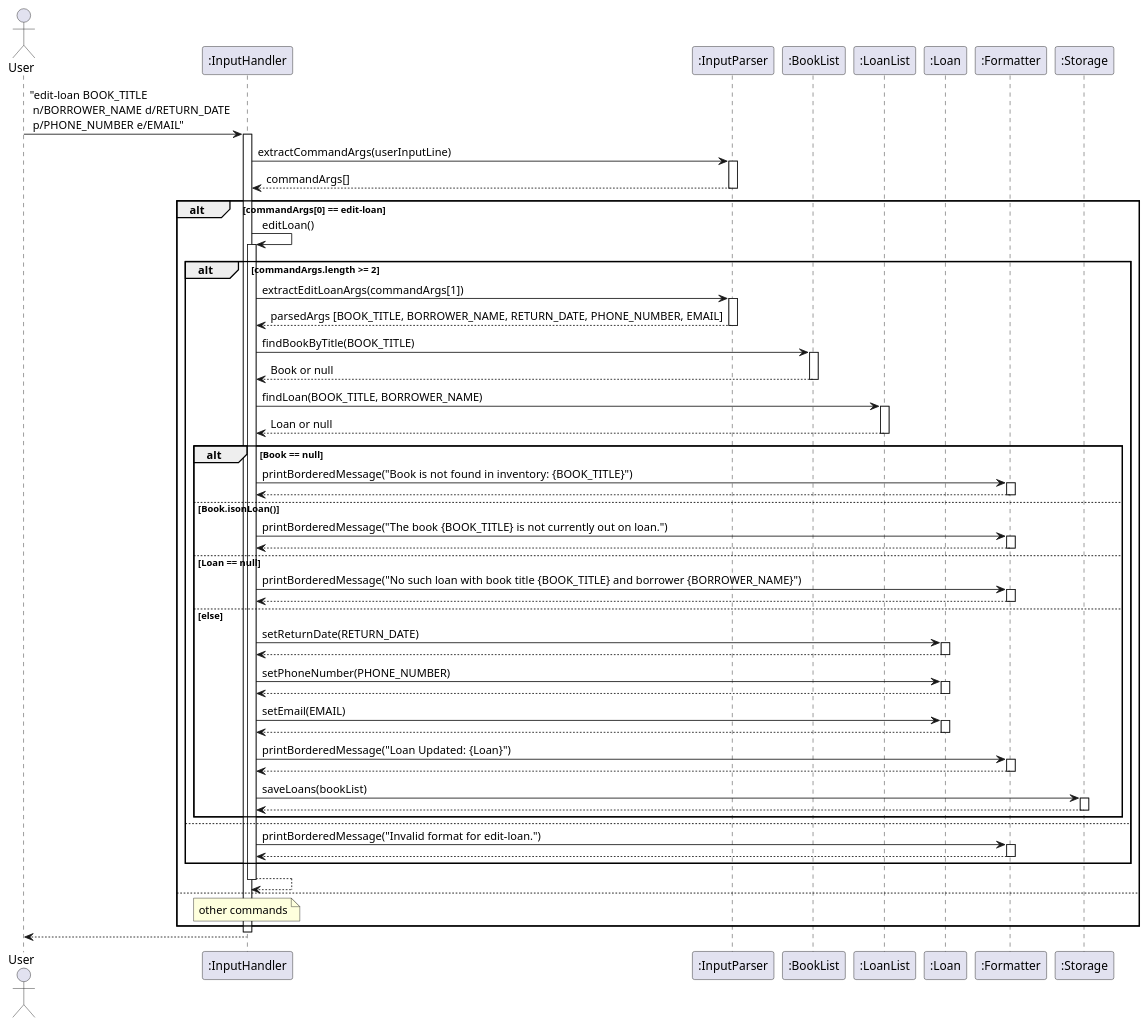
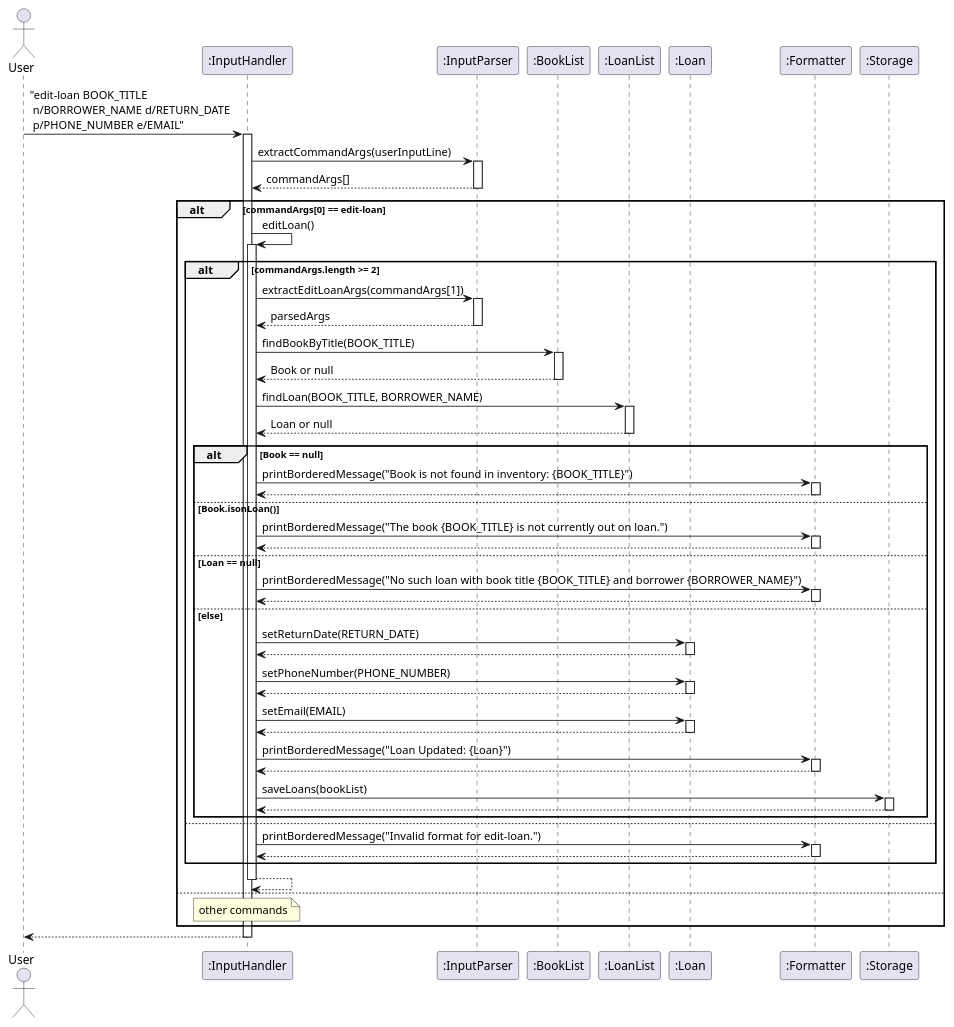
One commit to AY2425S2-CS2113-T12-2/tp changed the diagram in docs/diagrams/editLoan.puml. Above: the diagram before and after it, drawn with PlantUML.

Commit message:
fix activation bar before final return
shorten parsedArgs

```diff
--- a/docs/diagrams/editLoan.puml
+++ b/docs/diagrams/editLoan.puml
@@ -1,105 +1,106 @@
 @startuml
 actor User
 participant InputHandler as ":InputHandler"
 participant InputParser as ":InputParser"
 participant BookList as ":BookList"
 participant LoanList as ":LoanList"
 participant Loan as ":Loan"
 participant Formatter as ":Formatter"
 participant Storage as ":Storage"
 
 User -> InputHandler: "edit-loan BOOK_TITLE \n n/BORROWER_NAME d/RETURN_DATE \n p/PHONE_NUMBER e/EMAIL"
 activate InputHandler
 
 InputHandler -> InputParser: extractCommandArgs(userInputLine)
 activate InputParser
 
 InputParser --> InputHandler: commandArgs[]
 deactivate InputParser
 
 alt commandArgs[0] == edit-loan
     InputHandler -> InputHandler : editLoan()
     activate InputHandler
 
 alt commandArgs.length >= 2
     InputHandler -> InputParser: extractEditLoanArgs(commandArgs[1])
     activate InputParser
 
-    InputParser --> InputHandler: parsedArgs [BOOK_TITLE, BORROWER_NAME, RETURN_DATE, PHONE_NUMBER, EMAIL]
+    InputParser --> InputHandler: parsedArgs
     deactivate InputParser
 
     InputHandler -> BookList: findBookByTitle(BOOK_TITLE)
     activate BookList
 
     BookList --> InputHandler: Book or null
     deactivate BookList
 
     InputHandler -> LoanList: findLoan(BOOK_TITLE, BORROWER_NAME)
     activate LoanList
 
     LoanList --> InputHandler: Loan or null
     deactivate LoanList
 
     alt Book == null
         InputHandler -> Formatter: printBorderedMessage("Book is not found in inventory: {BOOK_TITLE}")
         activate Formatter
         Formatter --> InputHandler
         deactivate Formatter
     
     else Book.isonLoan()
         InputHandler -> Formatter: printBorderedMessage("The book {BOOK_TITLE} is not currently out on loan.")
         activate Formatter
         Formatter --> InputHandler
         deactivate Formatter
     
     else Loan == null
         InputHandler -> Formatter: printBorderedMessage("No such loan with book title {BOOK_TITLE} and borrower {BORROWER_NAME}")
         activate Formatter
         Formatter --> InputHandler
         deactivate Formatter
 
     else else
         InputHandler -> Loan : setReturnDate(RETURN_DATE)
         activate Loan
         Loan --> InputHandler
         deactivate Loan
 
         InputHandler -> Loan : setPhoneNumber(PHONE_NUMBER)
         activate Loan
         Loan --> InputHandler
         deactivate Loan
 
         InputHandler -> Loan : setEmail(EMAIL)
         activate Loan
         Loan --> InputHandler
         deactivate Loan        
 
         InputHandler -> Formatter: printBorderedMessage("Loan Updated: {Loan}")
         activate Formatter
         Formatter --> InputHandler
         deactivate Formatter
 
         InputHandler -> Storage: saveLoans(bookList)
         activate Storage
         Storage --> InputHandler
         deactivate Storage
 
     end
 
     else
         InputHandler -> Formatter: printBorderedMessage("Invalid format for edit-loan.")
         activate Formatter
         Formatter --> InputHandler
         deactivate Formatter
     end
 
 InputHandler --> InputHandler
 deactivate InputHandler
 
 else
     note over InputHandler : other commands
 end
 
+
+InputHandler --> User
 deactivate InputHandler
-InputHandler --> User
 @enduml
```
